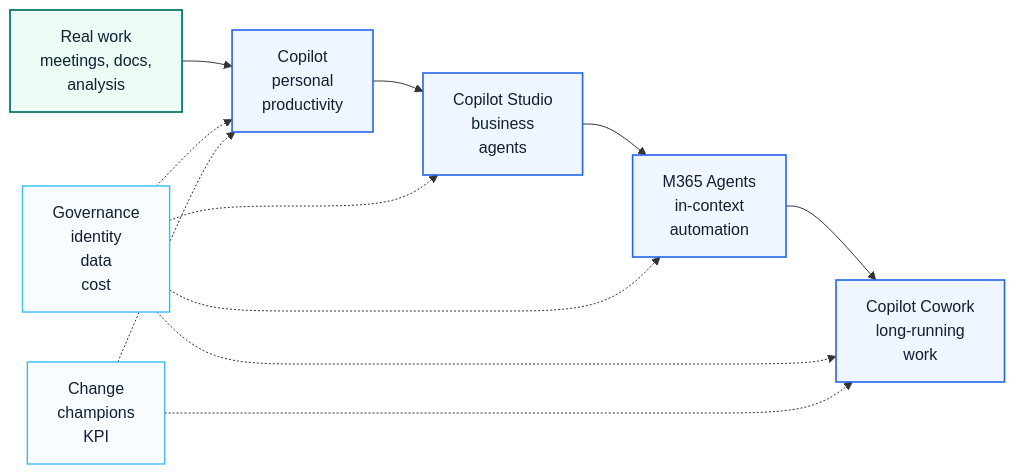
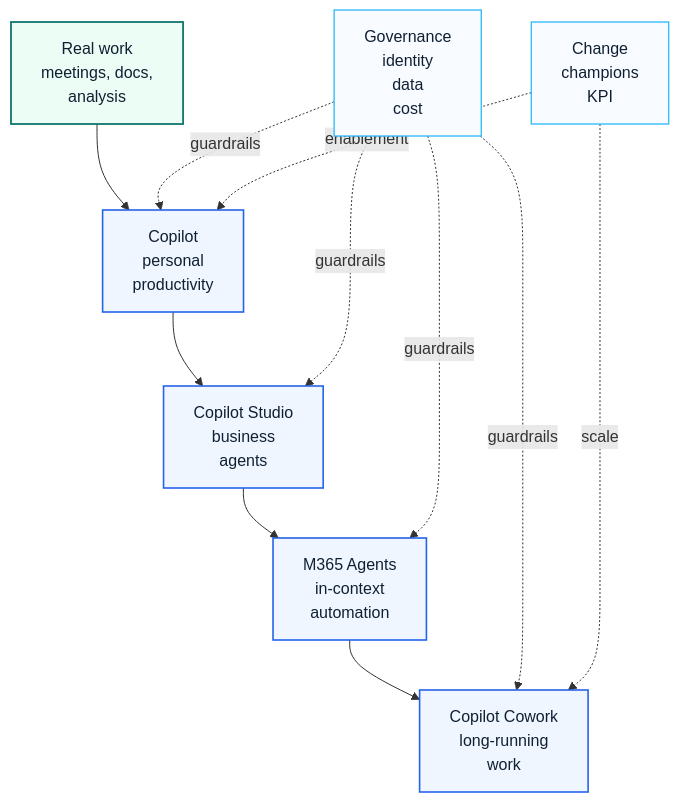
Before and after one commit to Eric841001/Eric841001.github.io: the diagram in docs/copilot/overview.md, drawn with Mermaid. The commit also changed 1 other file, not shown here.

Commit message:
Fit Mermaid diagrams within content width

````diff
--- a/docs/copilot/overview.md
+++ b/docs/copilot/overview.md
@@ -15,22 +15,22 @@
 ```mermaid
-flowchart LR
+flowchart TB
   Work["Real work<br/>meetings, docs,<br/>analysis"]:::work
   Copilot["Copilot<br/>personal<br/>productivity"]:::ai
   Studio["Copilot Studio<br/>business<br/>agents"]:::ai
   Agents["M365 Agents<br/>in-context<br/>automation"]:::ai
   Cowork["Copilot Cowork<br/>long-running<br/>work"]:::ai
   Governance["Governance<br/>identity<br/>data<br/>cost"]:::gov
   Adoption["Change<br/>champions<br/>KPI"]:::gov
 
   Work --> Copilot --> Studio --> Agents --> Cowork
-  Governance -.-> Copilot
-  Governance -.-> Studio
-  Governance -.-> Agents
-  Governance -.-> Cowork
-  Adoption -.-> Copilot
-  Adoption -.-> Cowork
+  Governance -. guardrails .-> Copilot
+  Governance -. guardrails .-> Studio
+  Governance -. guardrails .-> Agents
+  Governance -. guardrails .-> Cowork
+  Adoption -. enablement .-> Copilot
+  Adoption -. scale .-> Cowork
 
   classDef work fill:#ecfdf5,stroke:#0f766e,color:#102033,stroke-width:1.8px
   classDef ai fill:#eff6ff,stroke:#2563eb,color:#102033,stroke-width:1.6px
   classDef gov fill:#f8fbff,stroke:#38bdf8,color:#102033,stroke-width:1.4px
 ```
````
